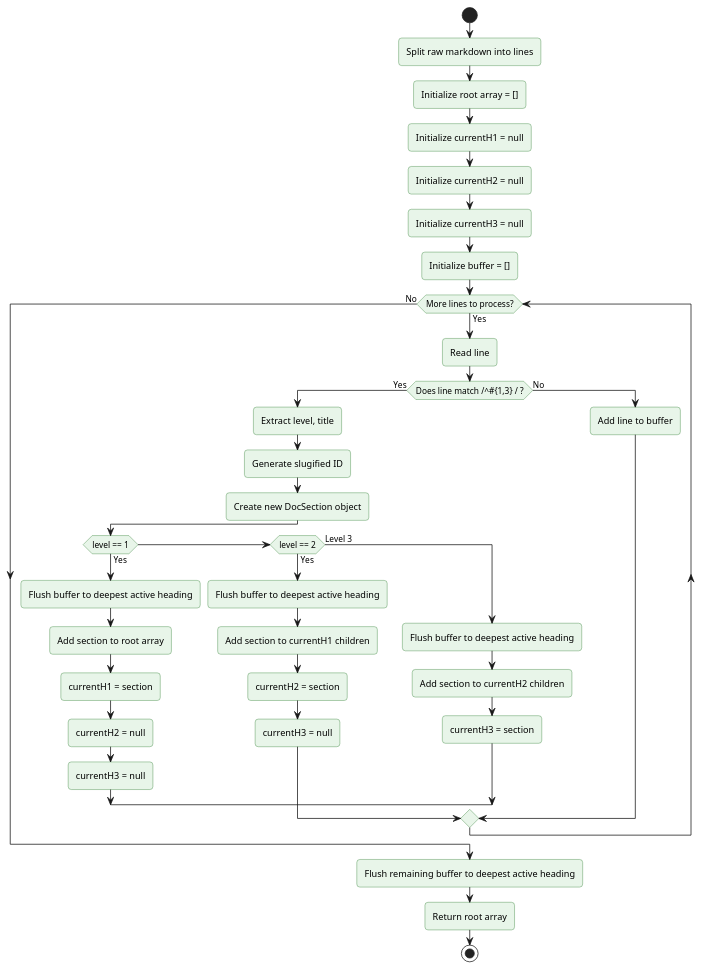
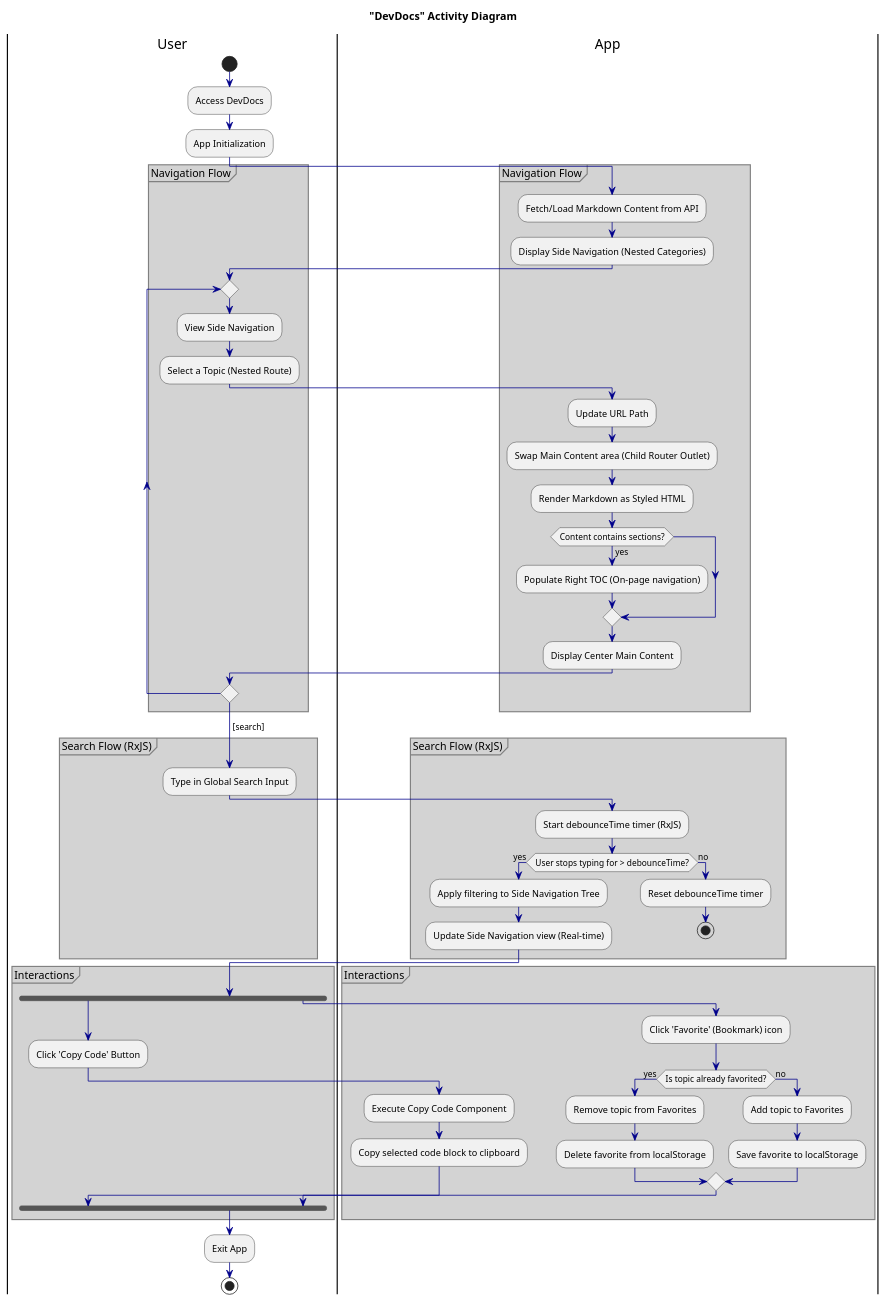
Before and after one commit to anoz24/DevDocs: the diagram in diagrams/activity_diagram.puml, drawn with PlantUML. The commit also changed 4 other files, not shown here.

Commit message:
added @input and output to the search

```diff
--- a/diagrams/activity_diagram.puml
+++ b/diagrams/activity_diagram.puml
@@ -1,50 +1,74 @@
-@startuml DevDocsActivity
-
-skinparam RoundCorner 8
-skinparam ActivityBackgroundColor #E8F5E9
-skinparam ActivityBorderColor #2E7D32
-
+@startuml
+skinparam handwritten false
+skinparam class {
+    BackgroundColor White
+    ArrowColor DarkBlue
+    BorderColor DarkBlue
+}
+skinparam Partition {
+    BorderColor Gray
+    BackgroundColor LightGray
+}
+title "DevDocs" Activity Diagram
+|User|
 start
-
-:Split raw markdown into lines;
-:Initialize root array = [];
-:Initialize currentH1 = null;
-:Initialize currentH2 = null;
-:Initialize currentH3 = null;
-:Initialize buffer = [];
-
-while (More lines to process?) is (Yes)
-  :Read line;
-  if (Does line match /^#{1,3} / ?) then (Yes)
-    :Extract level, title;
-    :Generate slugified ID;
-    :Create new DocSection object;
-    
-    if (level == 1) then (Yes)
-      :Flush buffer to deepest active heading;
-      :Add section to root array;
-      :currentH1 = section;
-      :currentH2 = null;
-      :currentH3 = null;
-    else if (level == 2) then (Yes)
-      :Flush buffer to deepest active heading;
-      :Add section to currentH1 children;
-      :currentH2 = section;
-      :currentH3 = null;
-    else (Level 3)
-      :Flush buffer to deepest active heading;
-      :Add section to currentH2 children;
-      :currentH3 = section;
-    endif
-    
-  else (No)
-    :Add line to buffer;
+:Access DevDocs;
+:App Initialization;
+partition "Navigation Flow" {
+|App|
+:Fetch/Load Markdown Content from API;
+:Display Side Navigation (Nested Categories);
+|User|
+repeat
+  :View Side Navigation;
+  :Select a Topic (Nested Route);
+  |App|
+  :Update URL Path;
+  :Swap Main Content area (Child Router Outlet);
+  :Render Markdown as Styled HTML;
+  if (Content contains sections?) then (yes)
+    :Populate Right TOC (On-page navigation);
   endif
-endwhile (No)
-
-:Flush remaining buffer to deepest active heading;
-:Return root array;
-
+  :Display Center Main Content;
+|User|
+repeat while ()
+-> [search];
+}
+partition "Search Flow (RxJS)" {
+|User|
+:Type in Global Search Input;
+|App|
+:Start debounceTime timer (RxJS);
+if (User stops typing for > debounceTime?) then (yes)
+  :Apply filtering to Side Navigation Tree;
+  :Update Side Navigation view (Real-time);
+else (no)
+  :Reset debounceTime timer;
+  stop
+endif
+|User|
+}
+partition "Interactions" {
+|User|
+fork
+  :Click 'Copy Code' Button;
+  |App|
+  :Execute Copy Code Component;
+  :Copy selected code block to clipboard;
+fork again
+  :Click 'Favorite' (Bookmark) icon;
+  |App|
+  if (Is topic already favorited?) then (yes)
+    :Remove topic from Favorites;
+    :Delete favorite from localStorage;
+  else (no)
+    :Add topic to Favorites;
+    :Save favorite to localStorage;
+  endif
+|User|
+end fork
+}
+:Exit App;
+|User|
 stop
-
 @enduml
```
